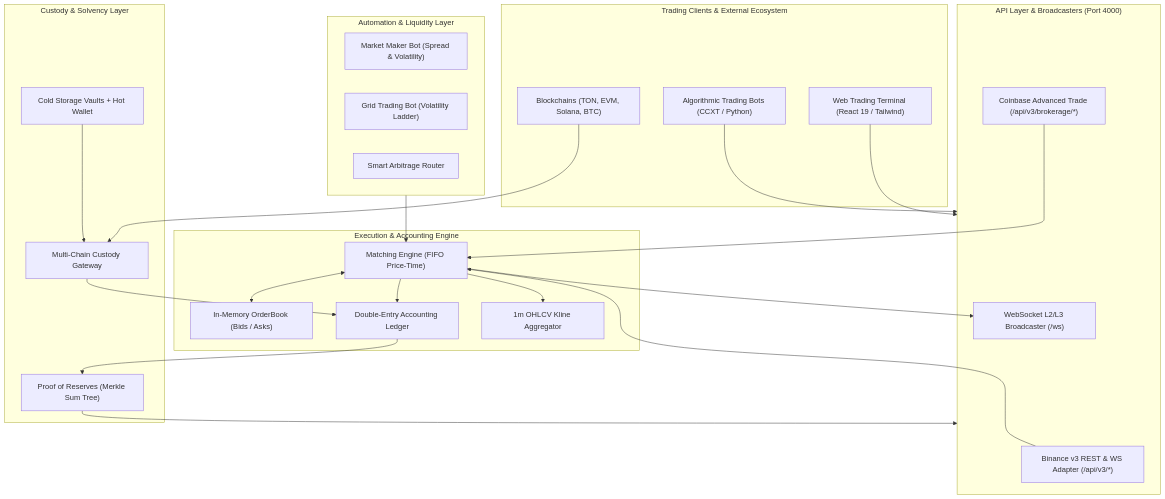
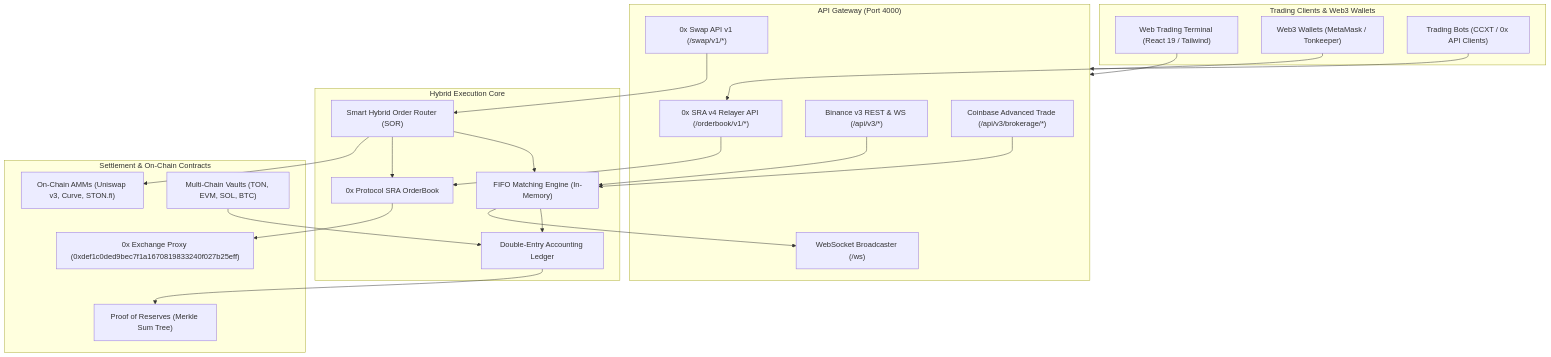
One commit to elon00/qmoosa-exchange changed the diagram in README.md. Above: the diagram before and after it, drawn with Mermaid. The commit also changed other lines of this file and 12 other files, not shown here.

Commit message:
feat: integrate 0x Protocol v4, EIP-712 order validator, SRA, Swap API & hybrid routing

````diff
--- a/README.md
+++ b/README.md
@@ -38,50 +43,49 @@
 ```mermaid
 flowchart TD
-    subgraph Clients["Trading Clients & External Ecosystem"]
-        WebUI["Web Trading Terminal (React 19 / Tailwind)"]
-        Bots["Algorithmic Trading Bots (CCXT / Python)"]
-        MultiChain["Blockchains (TON, EVM, Solana, BTC)"]
+    subgraph Clients["Trading Clients & Web3 Wallets"]
+        WebTerminal["Web Trading Terminal (React 19 / Tailwind)"]
+        Web3Wallets["Web3 Wallets (MetaMask / Tonkeeper)"]
+        AlgoBots["Trading Bots (CCXT / 0x API Clients)"]
     end
 
-    subgraph Gateway["API Layer & Broadcasters (Port 4000)"]
-        BinanceAPI["Binance v3 REST & WS Adapter (/api/v3/*)"]
-        CoinbaseAPI["Coinbase Advanced Trade (/api/v3/brokerage/*)"]
-        WSServer["WebSocket L2/L3 Broadcaster (/ws)"]
+    subgraph APILayer["API Gateway (Port 4000)"]
+        ZeroExSRA["0x SRA v4 Relayer API (/orderbook/v1/*)"]
+        ZeroExSwap["0x Swap API v1 (/swap/v1/*)"]
+        BNAdapter["Binance v3 REST & WS (/api/v3/*)"]
+        CBAdapter["Coinbase Advanced Trade (/api/v3/brokerage/*)"]
+        WSBroadcaster["WebSocket Broadcaster (/ws)"]
     end
 
-    subgraph Core["Execution & Accounting Engine"]
-        Engine["Matching Engine (FIFO Price-Time)"]
-        Book["In-Memory OrderBook (Bids / Asks)"]
+    subgraph HybridCore["Hybrid Execution Core"]
+        SOR["Smart Hybrid Order Router (SOR)"]
+        ME["FIFO Matching Engine (In-Memory)"]
+        ZeroExBook["0x Protocol SRA OrderBook"]
         Ledger["Double-Entry Accounting Ledger"]
-        OHLCV["1m OHLCV Kline Aggregator"]
     end
 
-    subgraph BotsModule["Automation & Liquidity Layer"]
-        MM["Market Maker Bot (Spread & Volatility)"]
-        Grid["Grid Trading Bot (Volatility Ladder)"]
-        Arb["Smart Arbitrage Router"]
+    subgraph SettlementLayer["Settlement & On-Chain Contracts"]
+        ZeroExProxy["0x Exchange Proxy (0xdef1c0ded9bec7f1a1670819833240f027b25eff)"]
+        AMMs["On-Chain AMMs (Uniswap v3, Curve, STON.fi)"]
+        CustodyGateway["Multi-Chain Vaults (TON, EVM, SOL, BTC)"]
+        PoRTree["Proof of Reserves (Merkle Sum Tree)"]
     end
 
-    subgraph Custody["Custody & Solvency Layer"]
-        ChainGateway["Multi-Chain Custody Gateway"]
-        PoRTree["Proof of Reserves (Merkle Sum Tree)"]
-        Vaults["Cold Storage Vaults + Hot Wallet"]
-    end
+    WebTerminal --> APILayer
+    Web3Wallets --> ZeroExSRA
+    AlgoBots --> APILayer
 
-    WebUI --> Gateway
-    Bots --> Gateway
-    MultiChain --> ChainGateway
+    ZeroExSRA --> ZeroExBook
+    ZeroExSwap --> SOR
+    BNAdapter --> ME
+    CBAdapter --> ME
 
-    BinanceAPI --> Engine
-    CoinbaseAPI --> Engine
-    Engine <--> Book
-    Engine --> Ledger
-    Engine --> OHLCV
-    Engine --> WSServer
+    SOR --> ME
+    SOR --> ZeroExBook
+    SOR --> AMMs
 
-    BotsModule --> Engine
-    ChainGateway --> Ledger
+    ZeroExBook --> ZeroExProxy
+    ME --> Ledger
     Ledger --> PoRTree
-    Vaults --> ChainGateway
-    PoRTree --> Gateway
+    CustodyGateway --> Ledger
+    ME --> WSBroadcaster
 ```
````
